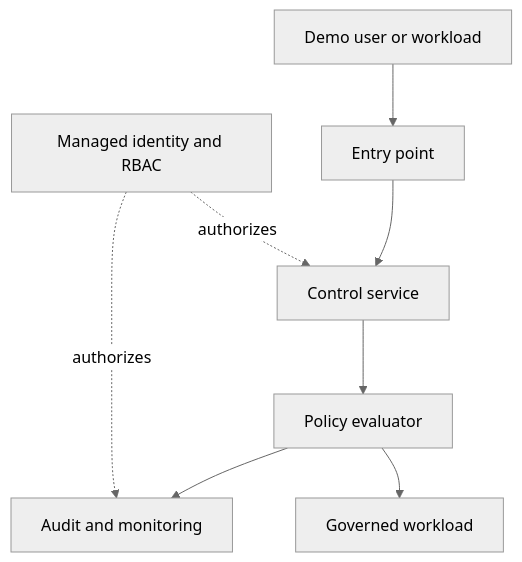
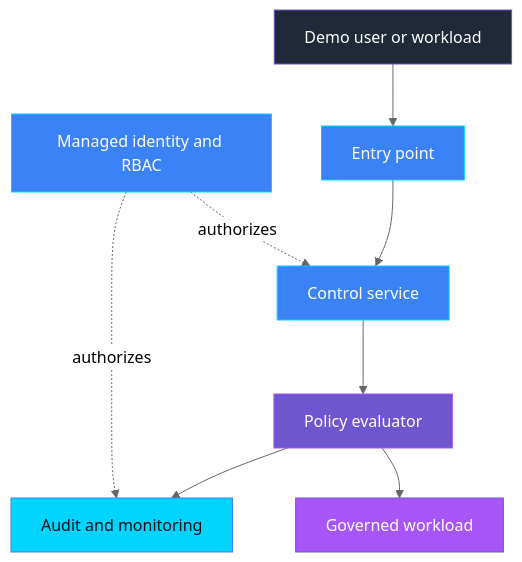
One commit to doruit/forged-with-foundry changed the second of 2 diagrams in docs/control-readme-template.md. Above: the diagram before and after it, drawn with Mermaid (neutral theme). The commit also changed other lines of this file and 167 other files, not shown here.

````diff
--- a/docs/control-readme-template.md
+++ b/docs/control-readme-template.md
@@ -52,10 +65,21 @@
 ```mermaid
 flowchart TB
     U[Demo user or workload] --> E[Entry point]
     E --> C[Control service]
     C --> P[Policy evaluator]
     P --> R[Audit and monitoring]
     P --> W[Governed workload]
     I[Managed identity and RBAC] -. authorizes .-> C
     I -. authorizes .-> R
+
+    classDef governance fill:#6E56CF,stroke:#A855F7,color:#FFFFFF
+    classDef platform fill:#3B82F6,stroke:#00D4FF,color:#FFFFFF
+    classDef evidence fill:#00D4FF,stroke:#3B82F6,color:#0D1117
+    classDef intelligence fill:#A855F7,stroke:#6E56CF,color:#FFFFFF
+    classDef neutral fill:#1F2937,stroke:#6E56CF,color:#FFFFFF
+    class U neutral
+    class E,C,I platform
+    class P governance
+    class R evidence
+    class W intelligence
 ```
````
